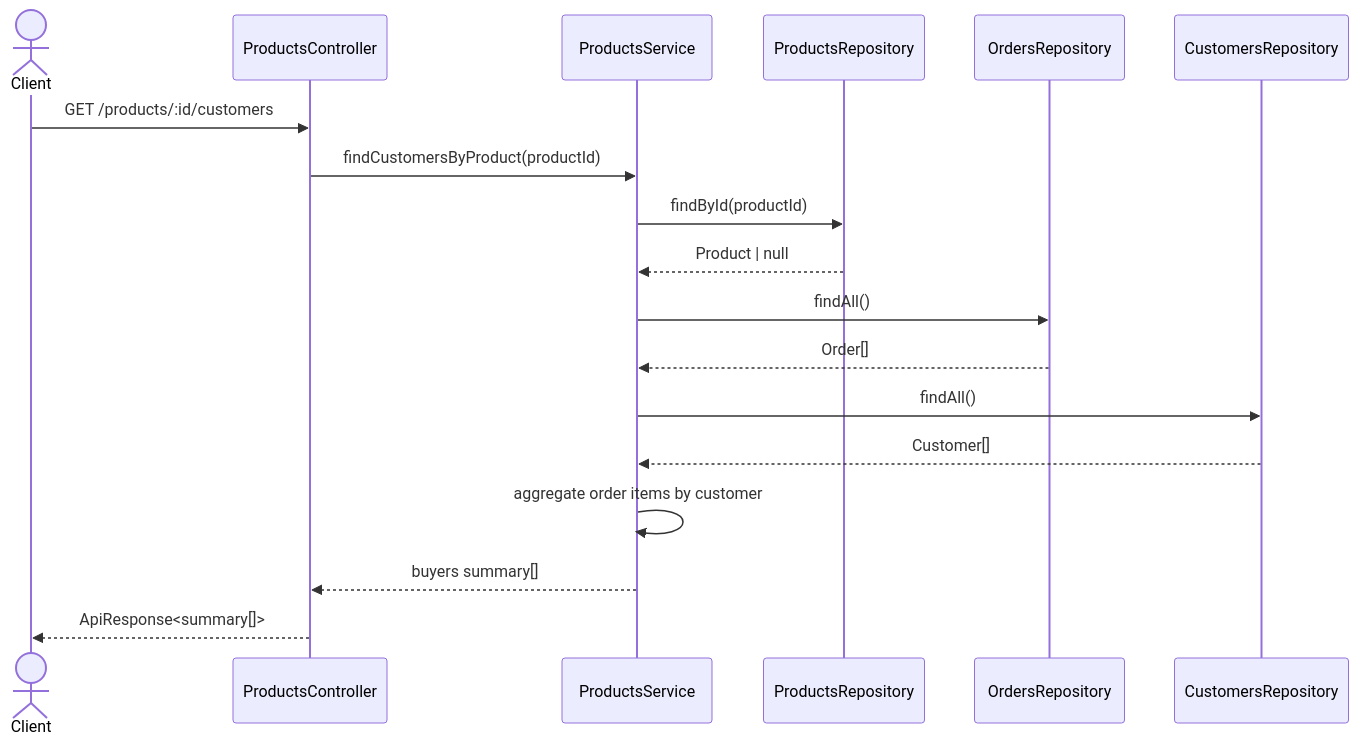
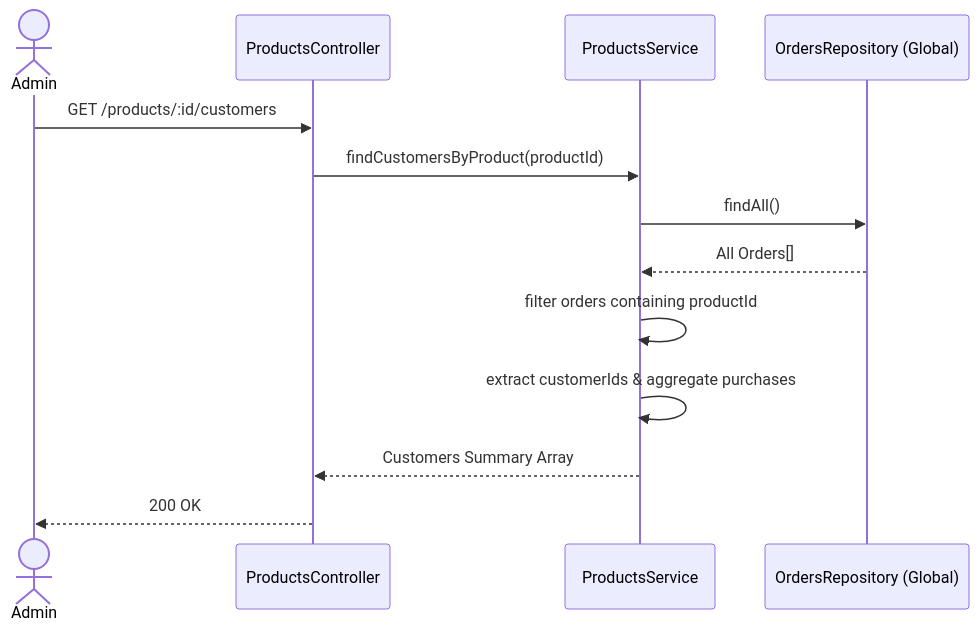
Before and after one commit to IkrtI/oop-typescript-final-project-2026: the fifth of 7 diagrams in docs/uml-diagrams.md, drawn with Mermaid. The commit also changed other lines of this file and 35 other files, not shown here.

````diff
--- a/docs/uml-diagrams.md
+++ b/docs/uml-diagrams.md
@@ -473,21 +336,19 @@
 ```mermaid
 sequenceDiagram
-    actor Client
+    actor Admin
     participant PC as ProductsController
     participant PS as ProductsService
-    participant PR as ProductsRepository
-    participant OR as OrdersRepository
-    participant CR as CustomersRepository
+    participant OR as OrdersRepository (Global)
 
-    Client->>PC: GET /products/:id/customers
+    Admin->>PC: GET /products/:id/customers
     PC->>PS: findCustomersByProduct(productId)
-    PS->>PR: findById(productId)
-    PR-->>PS: Product | null
+    
     PS->>OR: findAll()
-    OR-->>PS: Order[]
-    PS->>CR: findAll()
-    CR-->>PS: Customer[]
-    PS->>PS: aggregate order items by customer
-    PS-->>PC: buyers summary[]
-    PC-->>Client: ApiResponse<summary[]>
+    OR-->>PS: All Orders[]
+    
+    PS->>PS: filter orders containing productId
+    PS->>PS: extract customerIds & aggregate purchases
+    
+    PS-->>PC: Customers Summary Array
+    PC-->>Admin: 200 OK
 ```
````
